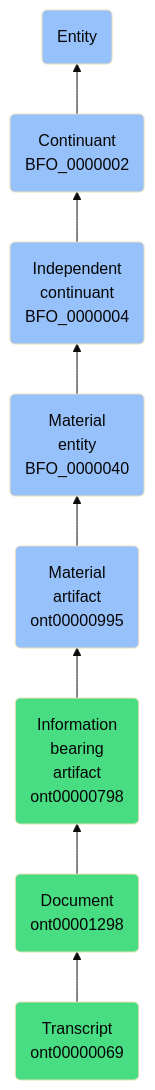
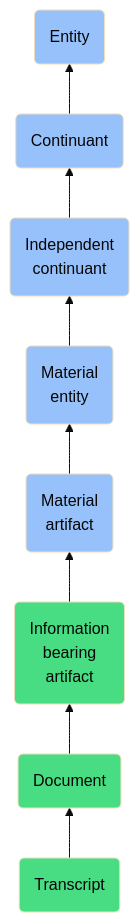
One commit to jupyter-naas/abi changed the diagram in docs/ontology/reference/model/Entity/Continuant/Independent continuant/Material entity/Material artifact/Information bearing artifact/Document/Transcript/Transcript.md. Above: the diagram before and after it, drawn with Mermaid (base theme). The commit also changed other lines of this file and 1430 other files, not shown here.

````diff
--- a/docs/ontology/reference/model/Entity/Continuant/Independent continuant/Material entity/Material artifact/Information bearing artifact/Document/Transcript/Transcript.md
+++ b/docs/ontology/reference/model/Entity/Continuant/Independent continuant/Material entity/Material artifact/Information bearing artifact/Document/Transcript/Transcript.md
@@ -24,15 +24,15 @@
 ```mermaid
 graph BT
-    ont00000069(Transcript<br>ont00000069):::ABI-->ont00001298
-    ont00001298(Document<br>ont00001298):::ABI-->ont00000798
-    ont00000798(Information<br>bearing<br>artifact<br>ont00000798):::ABI-->ont00000995
-    ont00000995(Material<br>artifact<br>ont00000995):::BFO-->BFO_0000040
-    BFO_0000040(Material<br>entity<br>BFO_0000040):::BFO-->BFO_0000004
-    BFO_0000004(Independent<br>continuant<br>BFO_0000004):::BFO-->BFO_0000002
-    BFO_0000002(Continuant<br>BFO_0000002):::BFO-->BFO_0000001
+    ont00000069(Transcript):::ABI-->ont00001298
+    ont00001298(Document):::ABI-->ont00000798
+    ont00000798(Information<br>bearing<br>artifact):::ABI-->ont00000995
+    ont00000995(Material<br>artifact):::BFO-->BFO_0000040
+    BFO_0000040(Material<br>entity):::BFO-->BFO_0000004
+    BFO_0000004(Independent<br>continuant):::BFO-->BFO_0000002
+    BFO_0000002(Continuant):::BFO-->BFO_0000001
     BFO_0000001(Entity):::BFO
     
     classDef BFO fill:#97c1fb,color:#060606
     classDef CCO fill:#e4c51e,color:#060606
     classDef ABI fill:#48DD82,color:#060606
 ```
````
